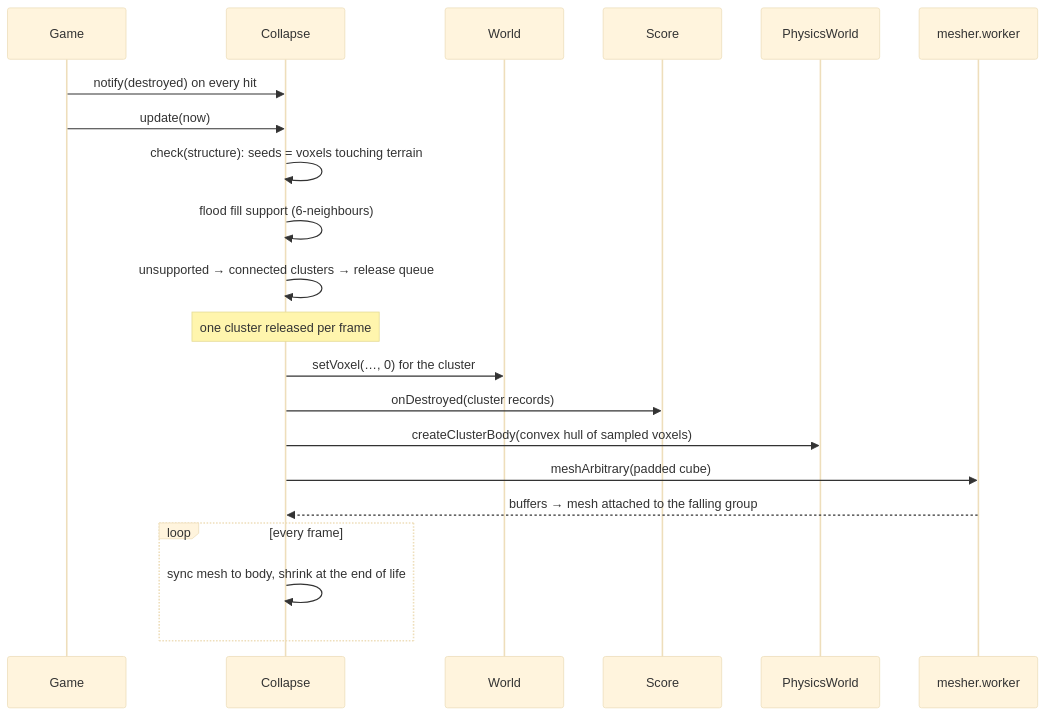
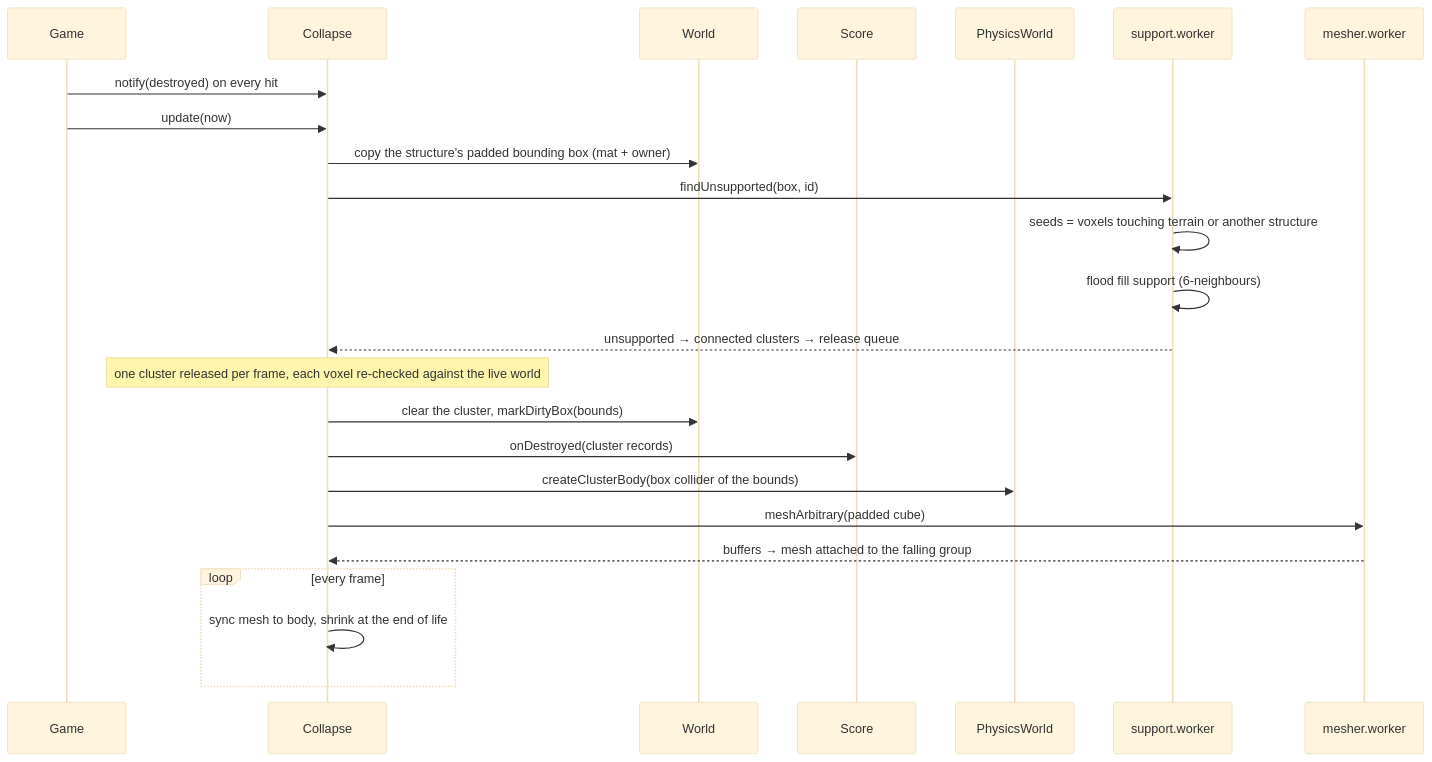
Before and after one commit to chesterbait88/Sandbox: the seventh of 12 diagrams in docs/DEVELOPER-TREE.md, drawn with Mermaid (base theme). The commit also changed other lines of this file and 1 other file, not shown here.

First line of the commit message:
docs: living diagrams for the overhaul's engine and arena changes

````diff
--- a/docs/DEVELOPER-TREE.md
+++ b/docs/DEVELOPER-TREE.md
@@ -206,23 +206,26 @@
 ```mermaid
 sequenceDiagram
     participant G as Game
     participant C as Collapse
     participant W as World
     participant S as Score
     participant P as PhysicsWorld
+    participant U as support.worker
     participant K as mesher.worker
     G->>C: notify(destroyed) on every hit
     G->>C: update(now)
-    C->>C: check(structure): seeds = voxels touching terrain
-    C->>C: flood fill support (6-neighbours)
-    C->>C: unsupported → connected clusters → release queue
-    Note over C: one cluster released per frame
-    C->>W: setVoxel(…, 0) for the cluster
+    C->>W: copy the structure's padded bounding box (mat + owner)
+    C->>U: findUnsupported(box, id)
+    U->>U: seeds = voxels touching terrain or another structure
+    U->>U: flood fill support (6-neighbours)
+    U-->>C: unsupported → connected clusters → release queue
+    Note over C: one cluster released per frame, each voxel re-checked against the live world
+    C->>W: clear the cluster, markDirtyBox(bounds)
     C->>S: onDestroyed(cluster records)
-    C->>P: createClusterBody(convex hull of sampled voxels)
+    C->>P: createClusterBody(box collider of the bounds)
     C->>K: meshArbitrary(padded cube)
     K-->>C: buffers → mesh attached to the falling group
     loop every frame
         C->>C: sync mesh to body, shrink at the end of life
     end
 ```
````
